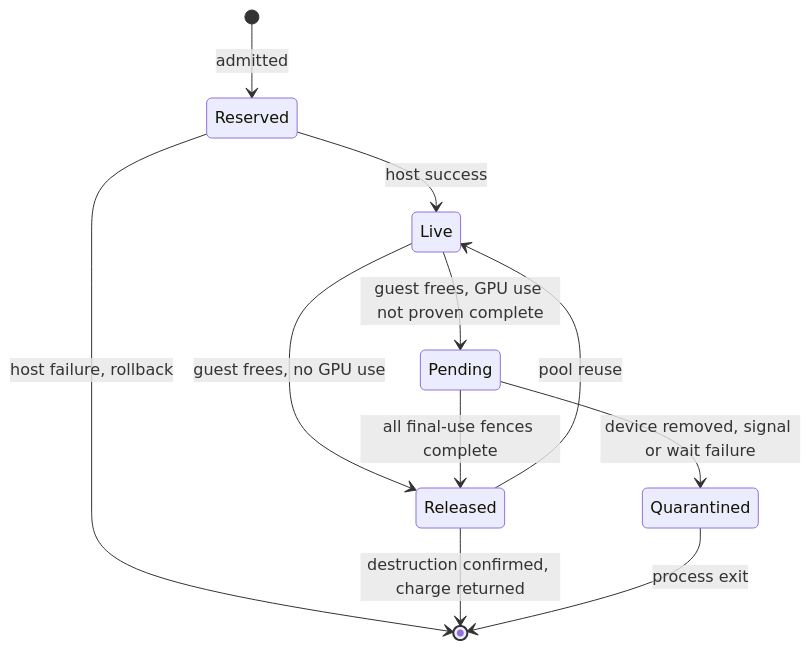
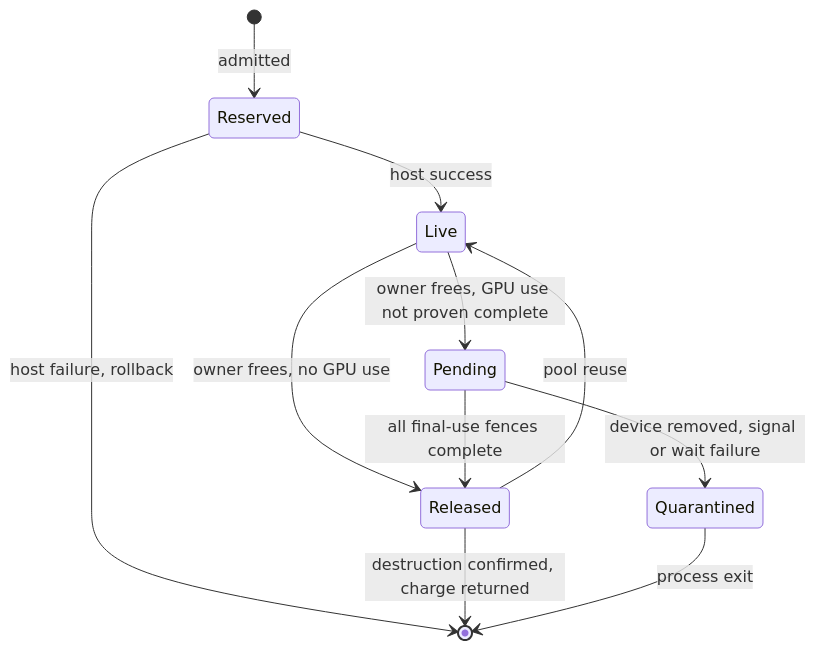
One commit to MacosPorters/betterxen changed the first of 2 diagrams in docs/architecture/proposals/001-unified-memory/resource-lifecycle.md. Above: the diagram before and after it, drawn with Mermaid. The commit also changed other lines of this file and 15 other files, not shown here.

First line of the commit message:
docs: correct and tighten the memory architecture draft (#473)

````diff
--- a/docs/architecture/proposals/001-unified-memory/resource-lifecycle.md
+++ b/docs/architecture/proposals/001-unified-memory/resource-lifecycle.md
@@ -9,13 +11,13 @@
 ```mermaid
 stateDiagram-v2
   [*] --> Reserved: admitted
   Reserved --> [*]: host failure, rollback
   Reserved --> Live: host success
-  Live --> Pending: guest frees, GPU use not proven complete
-  Live --> Released: guest frees, no GPU use
+  Live --> Pending: owner frees, GPU use not proven complete
+  Live --> Released: owner frees, no GPU use
   Pending --> Released: all final-use fences complete
   Pending --> Quarantined: device removed, signal or wait failure
   Released --> Live: pool reuse
   Released --> [*]: destruction confirmed, charge returned
   Quarantined --> [*]: process exit
 ```
````
